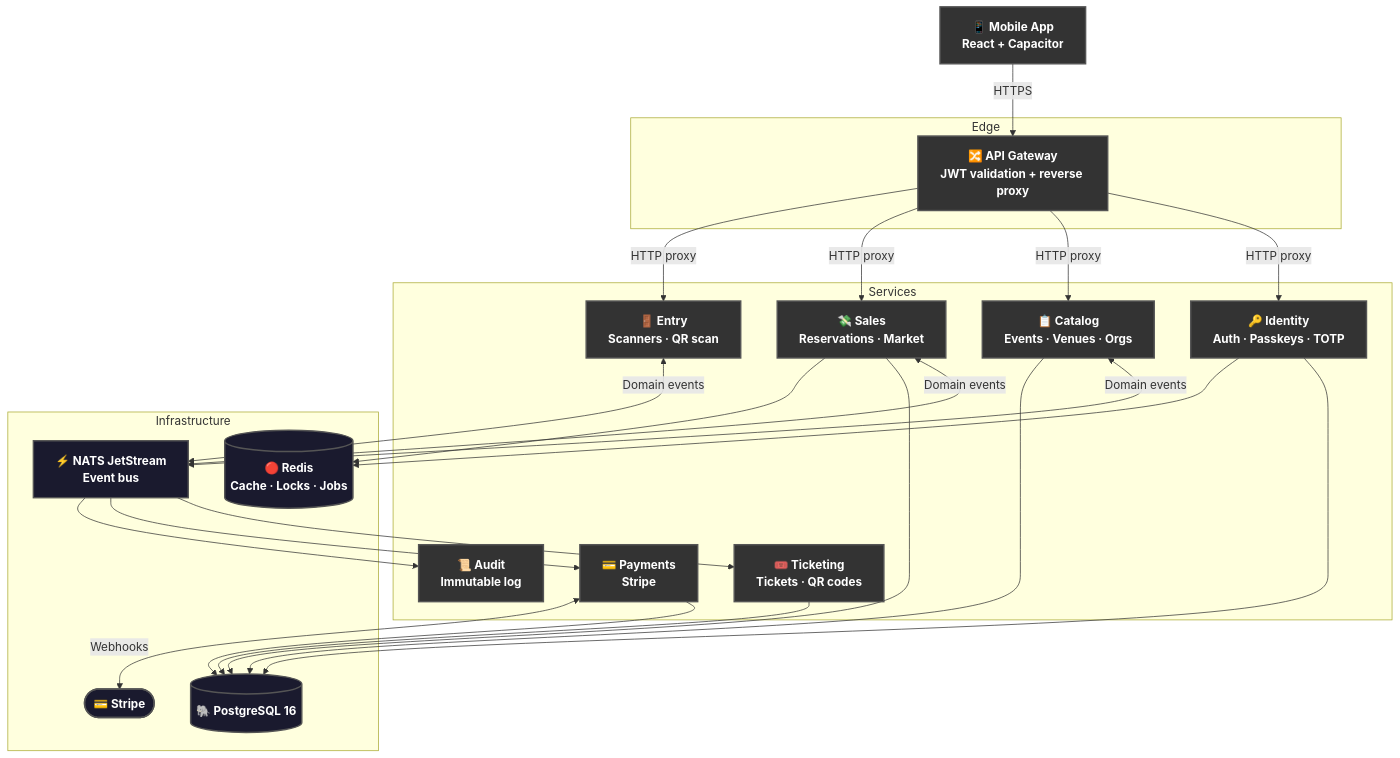
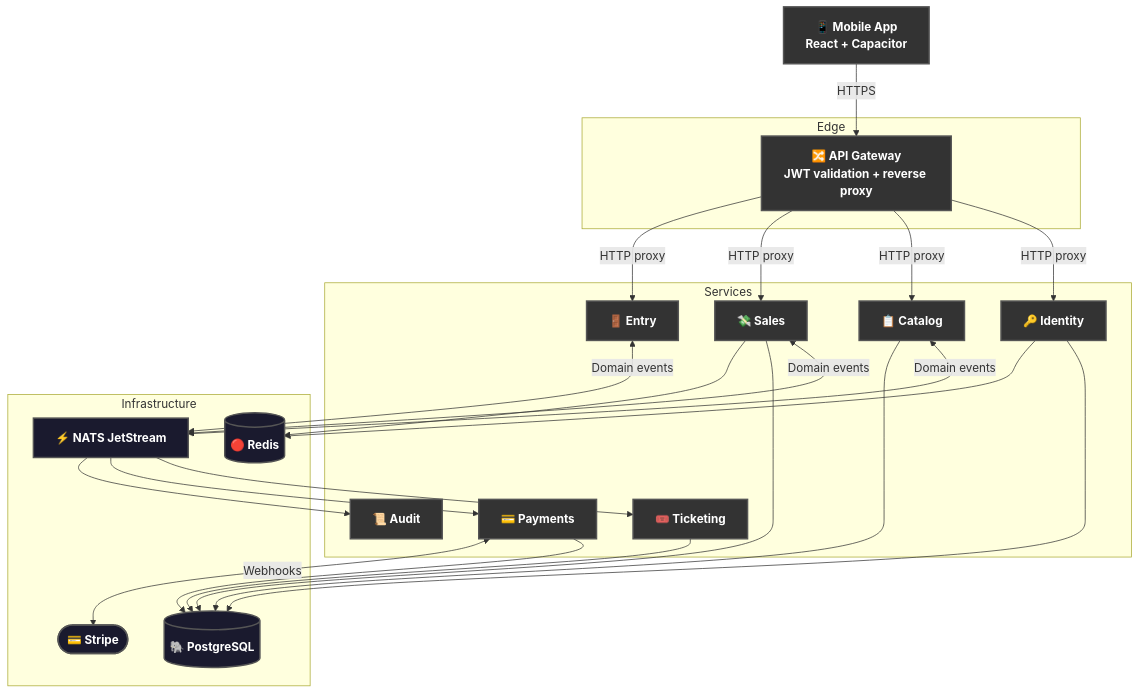
The diagram in README.md (cristiangilsanz/qrew), drawn with Mermaid before and after one commit. The commit also changed other lines of this file, not shown here.

Commit message:
docs: remove subtitles from mermaid diagram nodes

````diff
--- a/README.md
+++ b/README.md
@@ -42,48 +36,48 @@
 ```mermaid
 flowchart TB
     app["📱 Mobile App\nReact + Capacitor"]:::nodeStyle
 
     subgraph Edge
         gw["🔀 API Gateway\nJWT validation + reverse proxy"]:::nodeStyle
     end
 
     subgraph Services
-        identity["🔑 Identity\nAuth · Passkeys · TOTP"]:::nodeStyle
-        catalog["📋 Catalog\nEvents · Venues · Orgs"]:::nodeStyle
-        sales["💸 Sales\nReservations · Market"]:::nodeStyle
-        ticketing["🎟️ Ticketing\nTickets · QR codes"]:::nodeStyle
-        payments["💳 Payments\nStripe"]:::nodeStyle
-        entry["🚪 Entry\nScanners · QR scan"]:::nodeStyle
-        audit["📜 Audit\nImmutable log"]:::nodeStyle
+        identity["🔑 Identity"]:::nodeStyle
+        catalog["📋 Catalog"]:::nodeStyle
+        sales["💸 Sales"]:::nodeStyle
+        ticketing["🎟️ Ticketing"]:::nodeStyle
+        payments["💳 Payments"]:::nodeStyle
+        entry["🚪 Entry"]:::nodeStyle
+        audit["📜 Audit"]:::nodeStyle
     end
 
     subgraph Infrastructure
-        pg[("🐘 PostgreSQL 16")]:::infraStyle
-        nats["⚡ NATS JetStream\nEvent bus"]:::infraStyle
-        redis[("🔴 Redis\nCache · Locks · Jobs")]:::infraStyle
+        pg[("🐘 PostgreSQL")]:::infraStyle
+        nats["⚡ NATS JetStream"]:::infraStyle
+        redis[("🔴 Redis")]:::infraStyle
         stripe(["💳 Stripe"]):::infraStyle
     end
 
     app -->|"HTTPS"| gw
     gw -->|"HTTP proxy"| identity
     gw -->|"HTTP proxy"| catalog
     gw -->|"HTTP proxy"| sales
     gw -->|"HTTP proxy"| entry
     catalog <-->|"Domain events"| nats
     sales <-->|"Domain events"| nats
     entry <-->|"Domain events"| nats
     nats --> ticketing
     nats --> payments
     nats --> audit
     identity --> pg
     catalog --> pg
     sales --> pg
     ticketing --> pg
     payments --> pg
     identity --> redis
     sales --> redis
     payments <-->|"Webhooks"| stripe
 
     classDef nodeStyle fill:#333333,color:#ffffff,stroke:#555555,stroke-width:2px,font-weight:bold
     classDef infraStyle fill:#1a1a2e,color:#ffffff,stroke:#555555,stroke-width:2px,font-weight:bold
 ```
````
